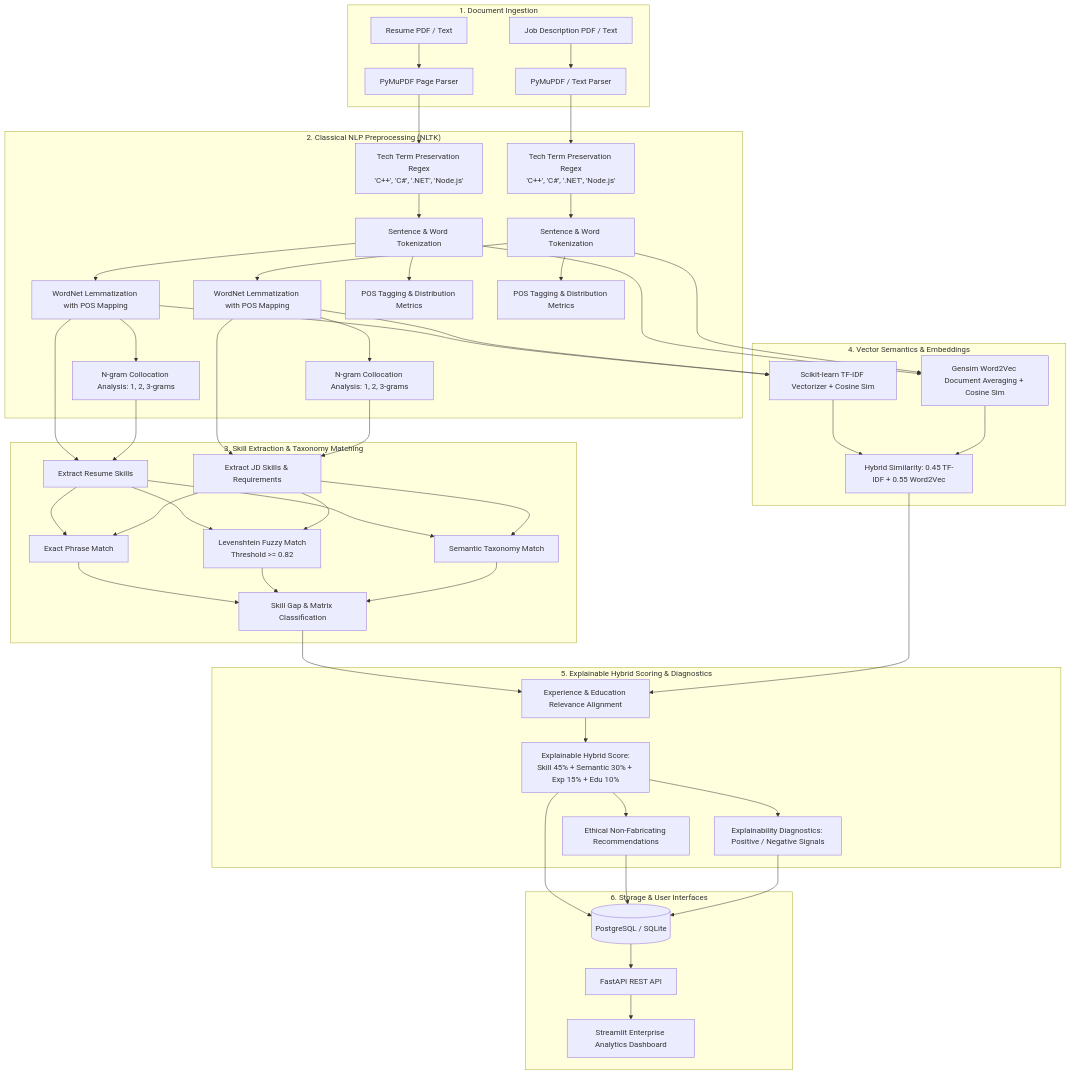
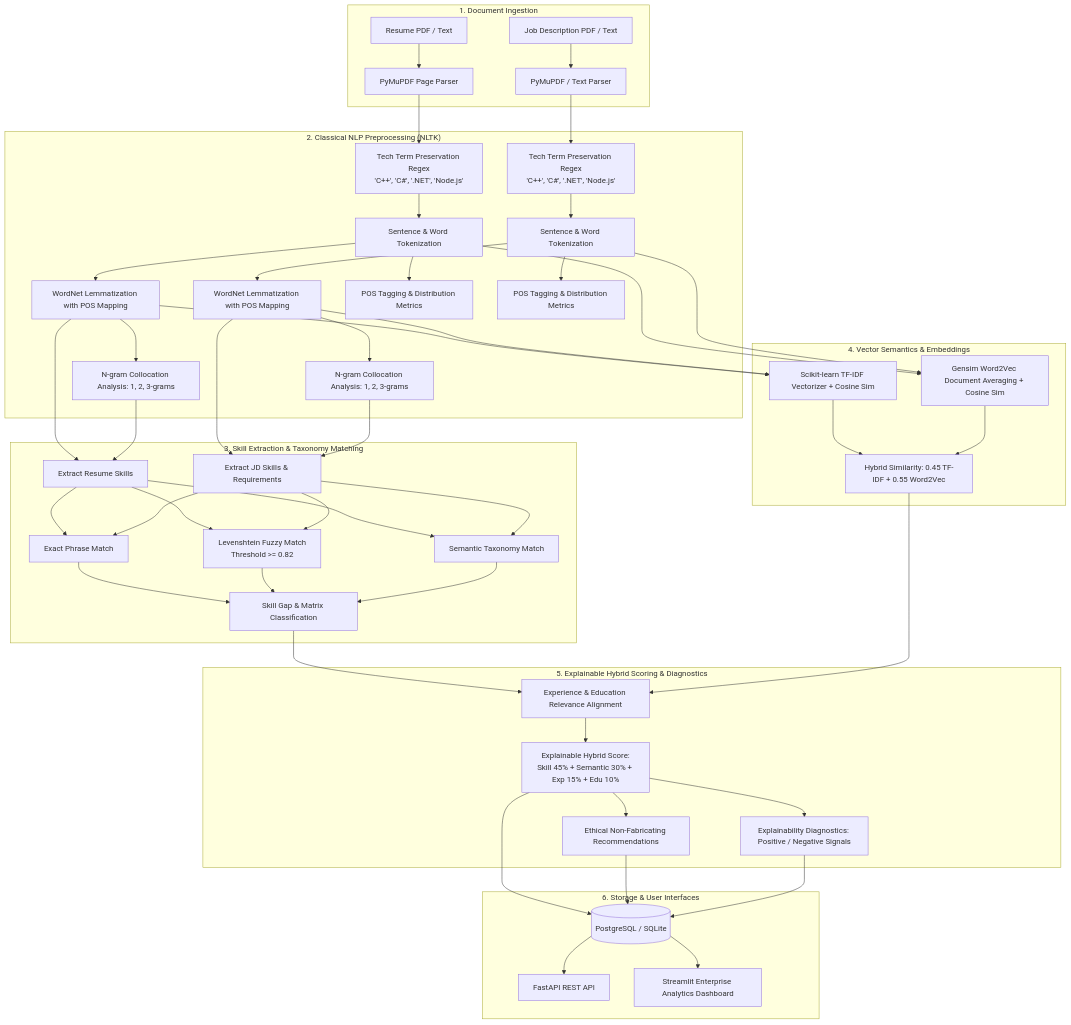
The diagram in README.md (KodakandlaSahtihi-29/talentmatch-ai), drawn with Mermaid before and after one commit. The commit also changed other lines of this file and 3 other files, not shown here.

````diff
--- a/README.md
+++ b/README.md
@@ -17,48 +21,48 @@
 ```mermaid
 flowchart TD
     subgraph Ingestion["1. Document Ingestion"]
         R[Resume PDF / Text] --> RE[PyMuPDF Page Parser]
         J[Job Description PDF / Text] --> JE[PyMuPDF / Text Parser]
     end
 
     subgraph Preprocessing["2. Classical NLP Preprocessing (NLTK)"]
         RE --> P1[Tech Term Preservation Regex<br/>'C++', 'C#', '.NET', 'Node.js']
         JE --> P2[Tech Term Preservation Regex<br/>'C++', 'C#', '.NET', 'Node.js']
         P1 --> T1[Sentence & Word Tokenization]
         P2 --> T2[Sentence & Word Tokenization]
         T1 --> L1[WordNet Lemmatization with POS Mapping]
         T2 --> L2[WordNet Lemmatization with POS Mapping]
         T1 --> POS1[POS Tagging & Distribution Metrics]
         T2 --> POS2[POS Tagging & Distribution Metrics]
         L1 --> NG1[N-gram Collocation Analysis: 1, 2, 3-grams]
         L2 --> NG2[N-gram Collocation Analysis: 1, 2, 3-grams]
     end
 
     subgraph SkillEngine["3. Skill Extraction & Taxonomy Matching"]
         L1 & NG1 --> SE1[Extract Resume Skills]
         L2 & NG2 --> SE2[Extract JD Skills & Requirements]
         SE1 & SE2 --> EM[Exact Phrase Match]
         SE1 & SE2 --> FM[Levenshtein Fuzzy Match<br/>Threshold >= 0.82]
         SE1 & SE2 --> SM[Semantic Taxonomy Match]
         EM & FM & SM --> SG[Skill Gap & Matrix Classification]
     end
 
     subgraph VectorSemantics["4. Vector Semantics & Embeddings"]
         L1 & L2 --> TFIDF[Scikit-learn TF-IDF Vectorizer + Cosine Sim]
         T1 & T2 --> W2V[Gensim Word2Vec Document Averaging + Cosine Sim]
         TFIDF & W2V --> HYB[Hybrid Similarity: 0.45 TF-IDF + 0.55 Word2Vec]
     end
 
     subgraph Scoring["5. Explainable Hybrid Scoring & Diagnostics"]
         SG & HYB --> EXP[Experience & Education Relevance Alignment]
         EXP --> SCORE[Explainable Hybrid Score:<br/>Skill 45% + Semantic 30% + Exp 15% + Edu 10%]
         SCORE --> REC[Ethical Non-Fabricating Recommendations]
         SCORE --> WHY[Explainability Diagnostics: Positive / Negative Signals]
     end
 
     subgraph Persistence["6. Storage & User Interfaces"]
         SCORE & REC & WHY --> DB[(PostgreSQL / SQLite)]
         DB --> API[FastAPI REST API]
-        API --> UI[Streamlit Enterprise Analytics Dashboard]
+        DB --> UI[Streamlit Enterprise Analytics Dashboard]
     end
 ```
````
